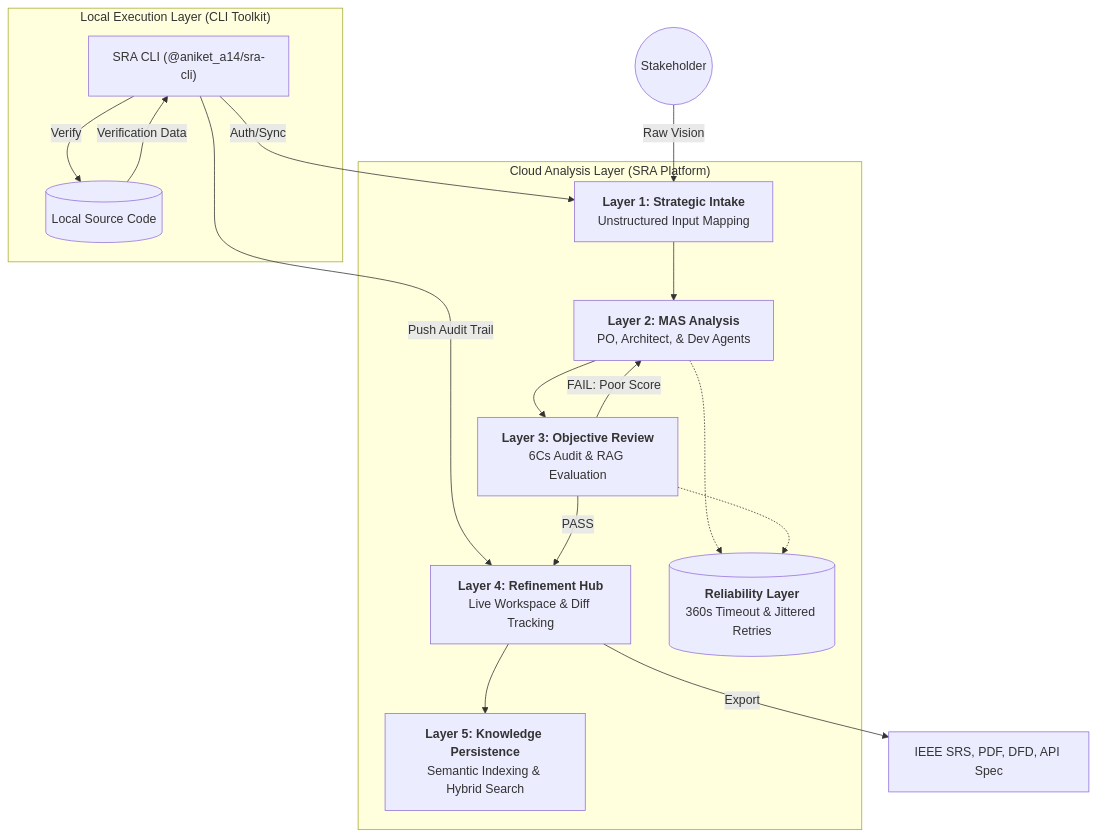
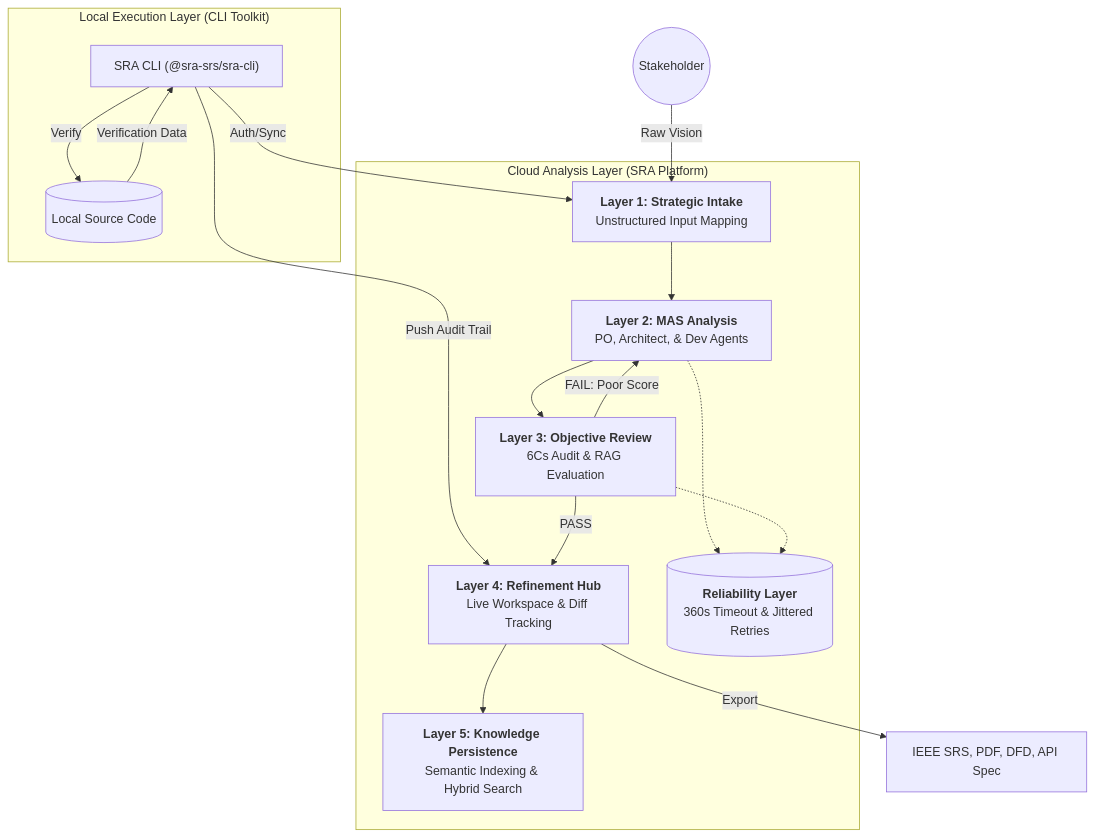
The diagram in Readme.md (Aniket-a14/SRA), drawn with Mermaid before and after one commit. The commit also changed other lines of this file and 3 other files, not shown here.

Commit message:
feat: updated SRA CLI toolkit and update main README with new package name and installation instructions.

````diff
--- a/Readme.md
+++ b/Readme.md
@@ -54,28 +54,28 @@
 ```mermaid
 graph TD
     subgraph "Cloud Analysis Layer (SRA Platform)"
         L1[<b>Layer 1: Strategic Intake</b><br/>Unstructured Input Mapping]
         L2[<b>Layer 2: MAS Analysis</b><br/>PO, Architect, & Dev Agents]
         L3[<b>Layer 3: Objective Review</b><br/>6Cs Audit & RAG Evaluation]
         L4[<b>Layer 4: Refinement Hub</b><br/>Live Workspace & Diff Tracking]
         L5[<b>Layer 5: Knowledge Persistence</b><br/>Semantic Indexing & Hybrid Search]
         
         Reliability[(<b>Reliability Layer</b><br/>360s Timeout & Jittered Retries)]
         L2 & L3 -.-> Reliability
     end
 
     subgraph "Local Execution Layer (CLI Toolkit)"
-        CLI["SRA CLI (@aniket_a14/sra-cli)"] -->|Auth/Sync| L1
+        CLI["SRA CLI (@sra-srs/sra-cli)"] -->|Auth/Sync| L1
         CLI -->|Verify| Code[(Local Source Code)]
         Code -->|Verification Data| CLI
         CLI -->|Push Audit Trail| L4
     end
 
     Stakeholder((Stakeholder)) -->|Raw Vision| L1
     L1 --> L2
     L2 --> L3
     L3 -->|FAIL: Poor Score| L2
     L3 -->|PASS| L4
     L4 -->|Export| Artifacts[IEEE SRS, PDF, DFD, API Spec]
     L4 --> L5
 ```
````
